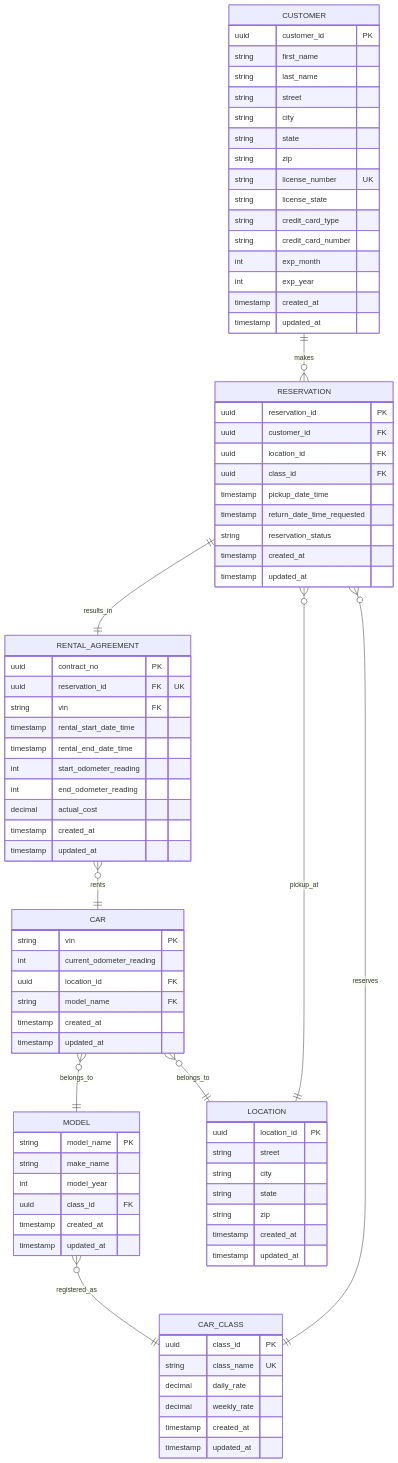
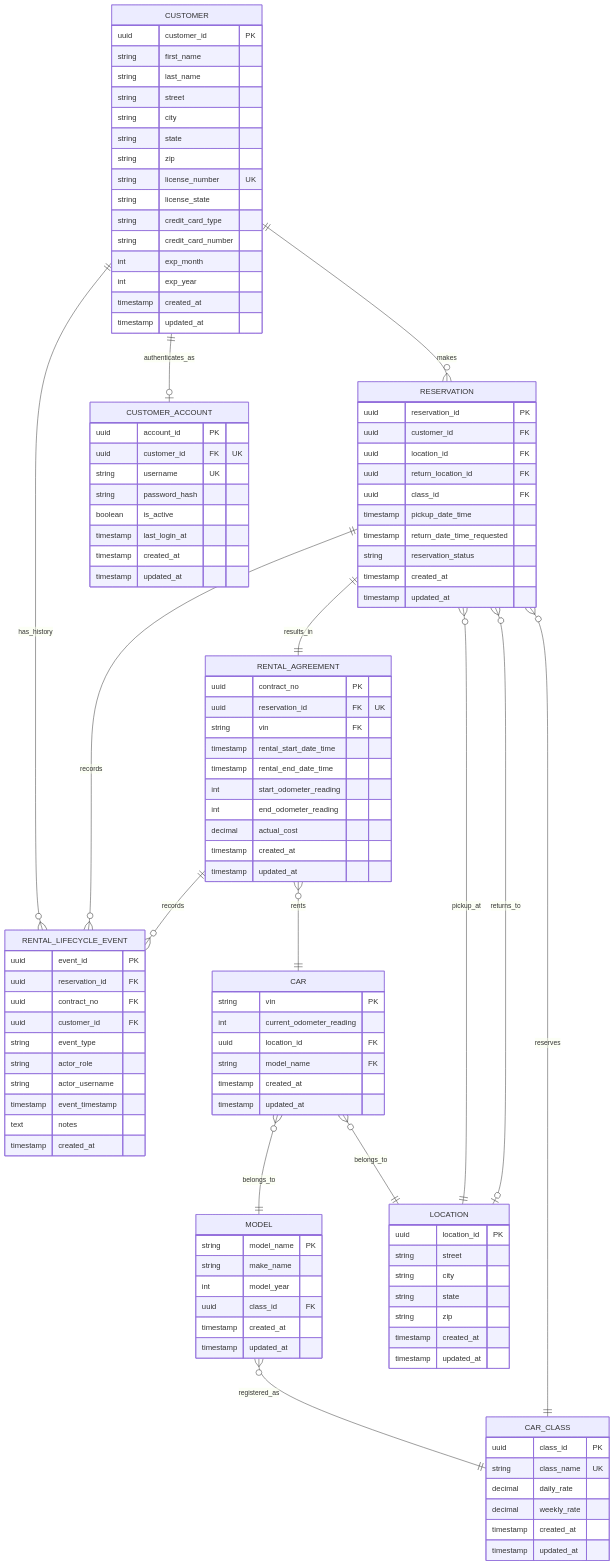
Before and after one commit to ga424/cs631_termproject: the diagram in docs/DATABASE_ERD.md, drawn with Mermaid. The commit also changed other lines of this file and 7 other files, not shown here.

Commit message:
feat: update documentation for rental car management system; enhance user journeys, ERD, and architecture details; add lifecycle event tracking and customer account management

````diff
--- a/docs/DATABASE_ERD.md
+++ b/docs/DATABASE_ERD.md
@@ -5,12 +5,17 @@
 ```mermaid
 erDiagram
     CUSTOMER ||--o{ RESERVATION : "makes"
+    CUSTOMER ||--o| CUSTOMER_ACCOUNT : "authenticates_as"
+    CUSTOMER ||--o{ RENTAL_LIFECYCLE_EVENT : "has_history"
     RESERVATION ||--|| RENTAL_AGREEMENT : "results_in"
+    RESERVATION ||--o{ RENTAL_LIFECYCLE_EVENT : "records"
     RENTAL_AGREEMENT }o--|| CAR : "rents"
+    RENTAL_AGREEMENT ||--o{ RENTAL_LIFECYCLE_EVENT : "records"
     MODEL }o--|| CAR_CLASS : "registered_as"
     CAR }o--|| MODEL : "belongs_to"
     CAR }o--|| LOCATION : "belongs_to"
     RESERVATION }o--|| LOCATION : "pickup_at"
+    RESERVATION }o--o| LOCATION : "returns_to"
     RESERVATION }o--|| CAR_CLASS : "reserves"
 
     LOCATION {
@@ -37,6 +42,17 @@
         string credit_card_number
         int exp_month
         int exp_year
+        timestamp created_at
+        timestamp updated_at
+    }
+
+    CUSTOMER_ACCOUNT {
+        uuid account_id PK
+        uuid customer_id FK "UK"
+        string username UK
+        string password_hash
+        boolean is_active
+        timestamp last_login_at
         timestamp created_at
         timestamp updated_at
     }
@@ -72,12 +88,26 @@
         uuid reservation_id PK
         uuid customer_id FK
         uuid location_id FK
+        uuid return_location_id FK
         uuid class_id FK
         timestamp pickup_date_time
         timestamp return_date_time_requested
         string reservation_status
         timestamp created_at
         timestamp updated_at
+    }
+
+    RENTAL_LIFECYCLE_EVENT {
+        uuid event_id PK
+        uuid reservation_id FK
+        uuid contract_no FK
+        uuid customer_id FK
+        string event_type
+        string actor_role
+        string actor_username
+        timestamp event_timestamp
+        text notes
+        timestamp created_at
     }
 
     RENTAL_AGREEMENT {
````
